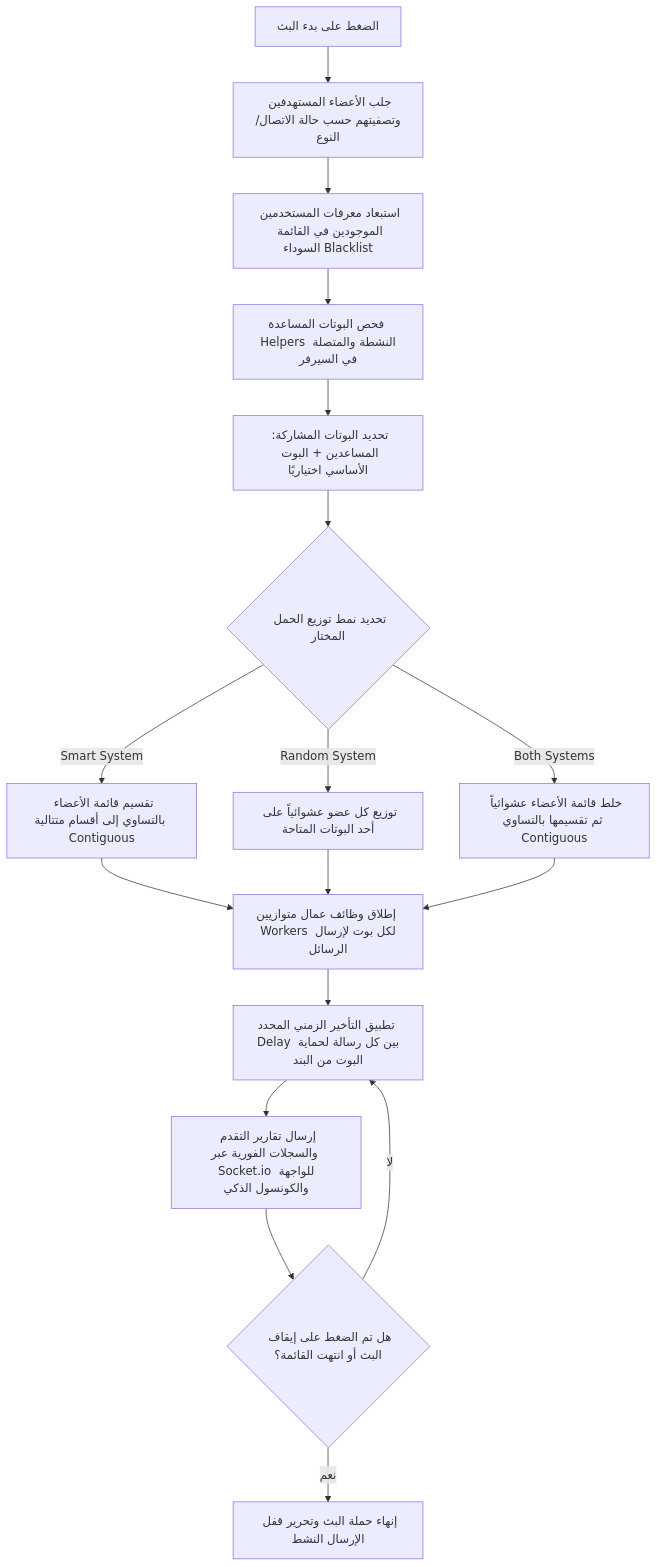
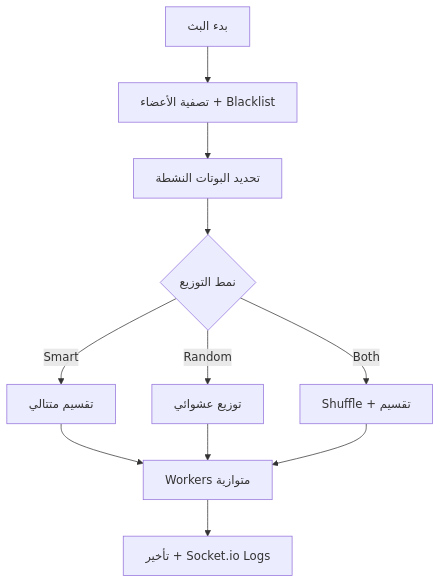
Before and after one commit to kaennn9/Discord-Broadcast-System: the diagram in README.md, drawn with Mermaid. The commit also changed other lines of this file, not shown here.

````diff
--- a/README.md
+++ b/README.md
@@ -219,19 +111,13 @@
 ```mermaid
 graph TD
-    A[الضغط على بدء البث] --> B[جلب الأعضاء المستهدفين وتصفيتهم حسب حالة الاتصال/النوع]
-    B --> C[استبعاد معرفات المستخدمين الموجودين في القائمة السوداء Blacklist]
-    C --> D[فحص البوتات المساعدة Helpers النشطة والمتصلة في السيرفر]
-    D --> E[تحديد البوتات المشاركة: المساعدين + البوت الأساسي اختياريًا]
-    E --> F{تحديد نمط توزيع الحمل المختار}
-    F -->|Smart System| G[تقسيم قائمة الأعضاء بالتساوي إلى أقسام متتالية Contiguous]
-    F -->|Random System| H[توزيع كل عضو عشوائياً على أحد البوتات المتاحة]
-    F -->|Both Systems| I[خلط قائمة الأعضاء عشوائياً ثم تقسيمها بالتساوي Contiguous]
-    G --> J[إطلاق وظائف عمال متوازيين Workers لكل بوت لإرسال الرسائل]
-    H --> J
-    I --> J
-    J --> K[تطبيق التأخير الزمني المحدد Delay بين كل رسالة لحماية البوت من البند]
-    K --> L[إرسال تقارير التقدم والسجلات الفورية عبر Socket.io للواجهة والكونسول الذكي]
-    L --> M{هل تم الضغط على إيقاف البث أو انتهت القائمة؟}
-    M -->|نعم| N[إنهاء حملة البث وتحرير قفل الإرسال النشط]
-    M -->|لا| K
+    A[بدء البث] --> B[تصفية الأعضاء + Blacklist]
+    B --> C[تحديد البوتات النشطة]
+    C --> D{نمط التوزيع}
+    D -->|Smart| E[تقسيم متتالي]
+    D -->|Random| F[توزيع عشوائي]
+    D -->|Both| G[Shuffle + تقسيم]
+    E --> H[Workers متوازية]
+    F --> H
+    G --> H
+    H --> I[تأخير + Socket.io Logs]
 ```
````
